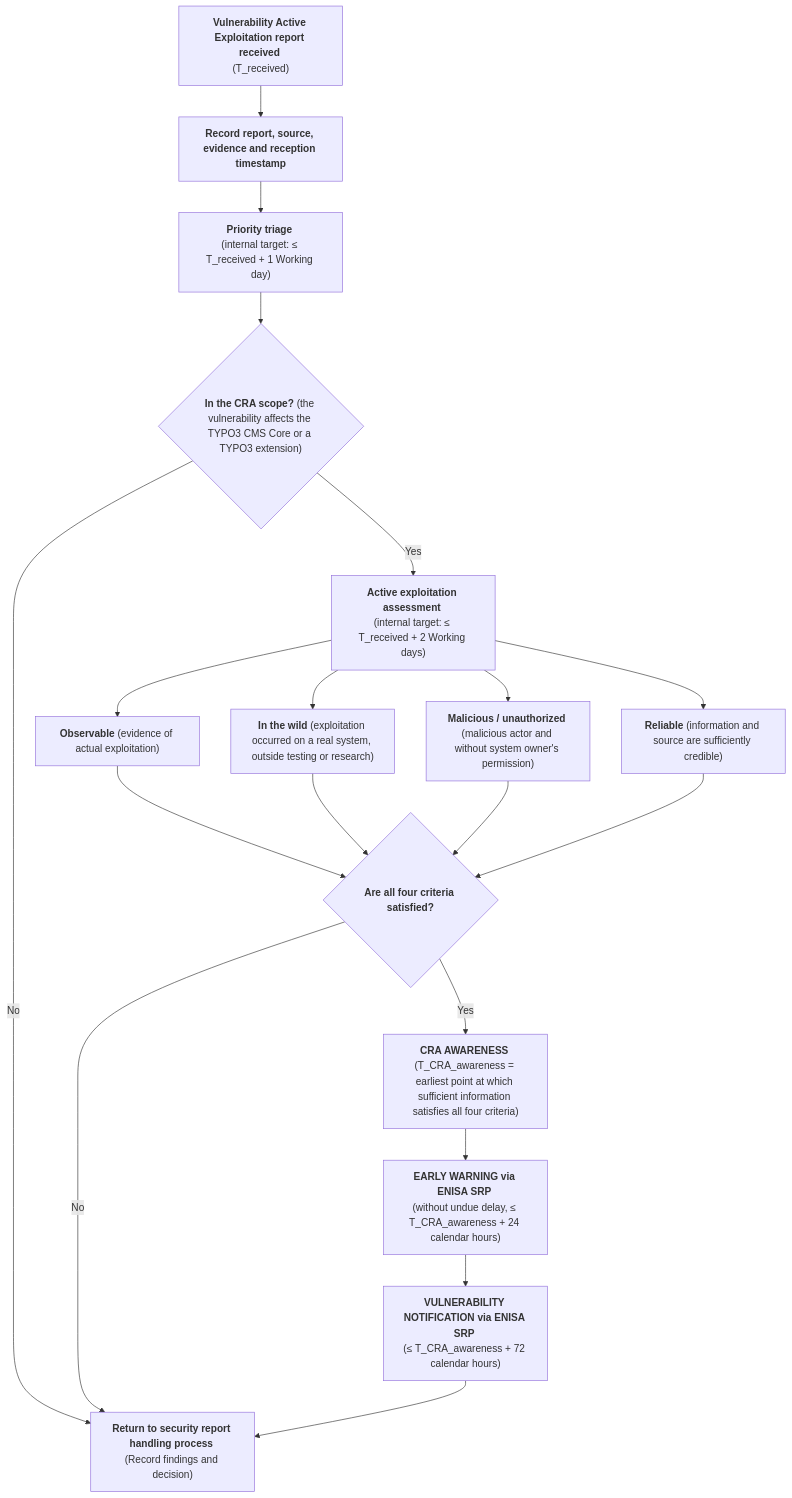
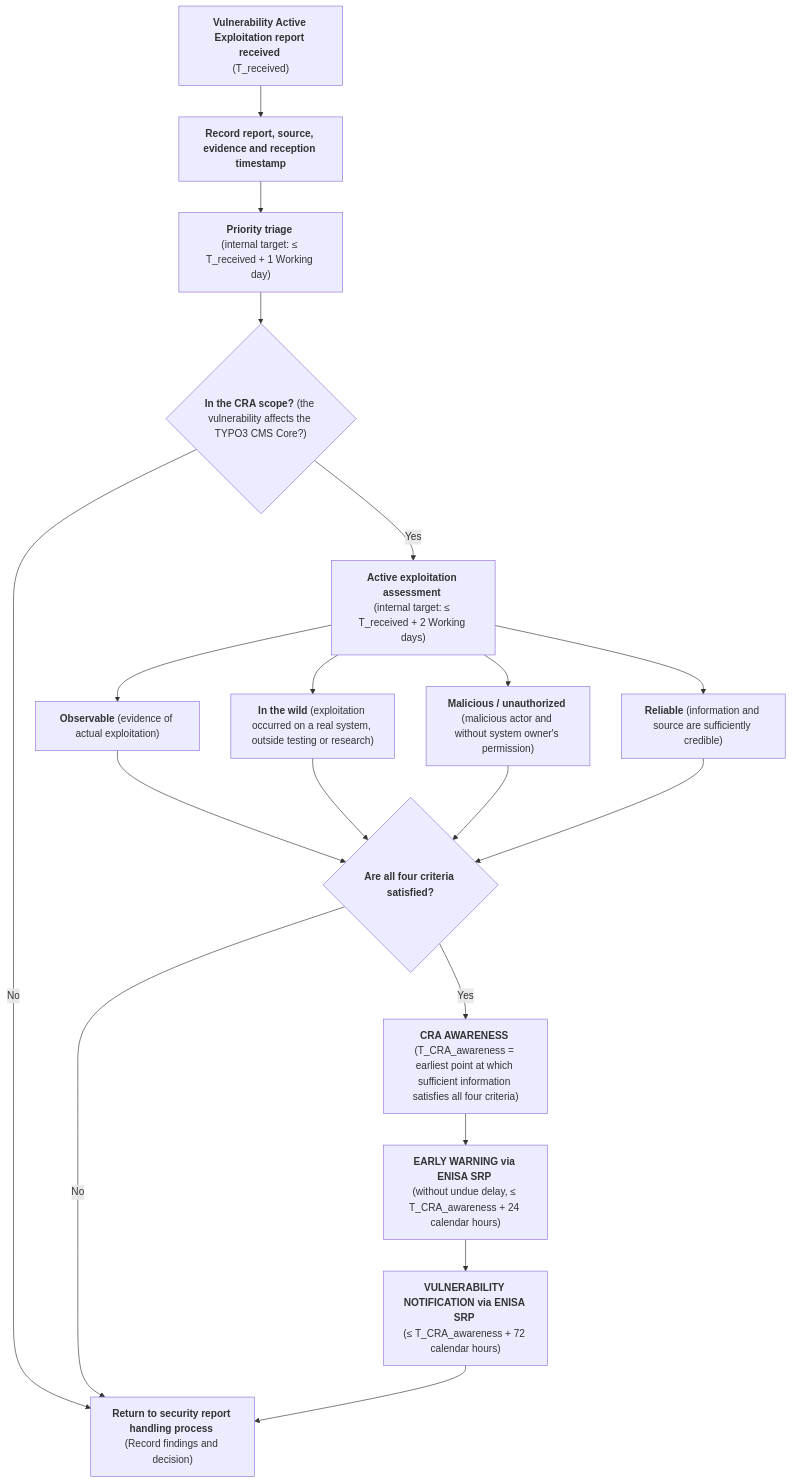
The diagram in templates/actively-exploited-vulnerability-process.md (rfoucard/cra-fast-track), drawn with Mermaid before and after one commit.

````diff
--- a/templates/actively-exploited-vulnerability-process.md
+++ b/templates/actively-exploited-vulnerability-process.md
@@ -15,32 +15,32 @@
 ```mermaid
 flowchart TD
 
     A["<strong>Vulnerability Active Exploitation report received</strong> \n(T_received)"] --> B["<strong>Record report, source, evidence and reception timestamp</strong>"]
 
     B --> C["<strong>Priority triage</strong> \n(internal target: ≤ T_received + 1 Working day)"]
 
-    C --> D{"<strong>In the CRA scope?</strong> (the vulnerability affects the TYPO3 CMS Core or a TYPO3 extension)"}
+    C --> D{"<strong>In the CRA scope?</strong> (the vulnerability affects the TYPO3 CMS Core?)"}
 
     D -- "No" --> X["<strong>Return to security report handling process</strong> \n(Record findings and decision)"]
 
     D -- "Yes" --> E["<strong>Active exploitation assessment</strong> \n(internal target: ≤ T_received + 2 Working days)"]
 
     E --> F["<strong>Observable</strong> (evidence of actual exploitation)"]
     E --> G["<strong>In the wild</strong> (exploitation occurred on a real system, outside testing or research)"]
     E --> H["<strong>Malicious / unauthorized</strong> (malicious actor and without system owner's permission)"]
     E --> I["<strong>Reliable</strong> (information and source are sufficiently credible)"]
 
     F --> J{"<strong>Are all four criteria satisfied?</strong>"}
     G --> J
     H --> J
     I --> J
 
     J -- "No" --> X
     J -- "Yes" --> L["<strong>CRA AWARENESS</strong> \n(T_CRA_awareness = earliest point at which sufficient information satisfies all four criteria)"]
 
     L --> M["<strong>EARLY WARNING via ENISA SRP</strong> \n(without undue delay, ≤ T_CRA_awareness + 24 calendar hours)"]
 
     M --> N["<strong>VULNERABILITY NOTIFICATION via ENISA SRP</strong> \n(≤ T_CRA_awareness + 72 calendar hours)"]
 
     N --> X
 ```
````
